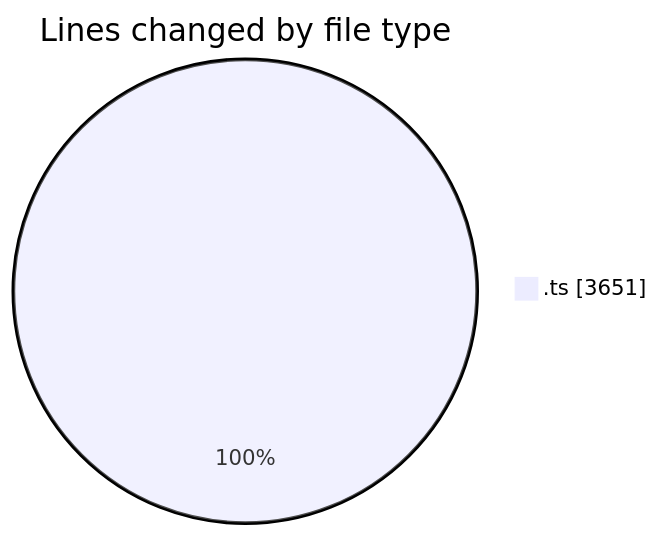
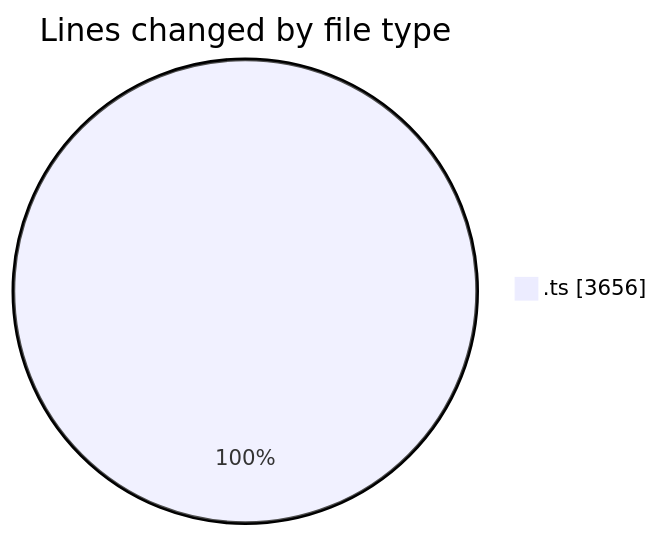
One commit to momahboobian/code-tracking changed the first of 2 diagrams in 2025-10-23/cda/README.md. Above: the diagram before and after it, drawn with Mermaid. The commit also changed other lines of this file and 1 other file, not shown here.

````diff
--- a/2025-10-23/cda/README.md
+++ b/2025-10-23/cda/README.md
@@ -24,5 +24,5 @@
 ```mermaid
 pie showData
 title Lines changed by file type
-".ts" : 3651
+".ts" : 3656
 ```
````
